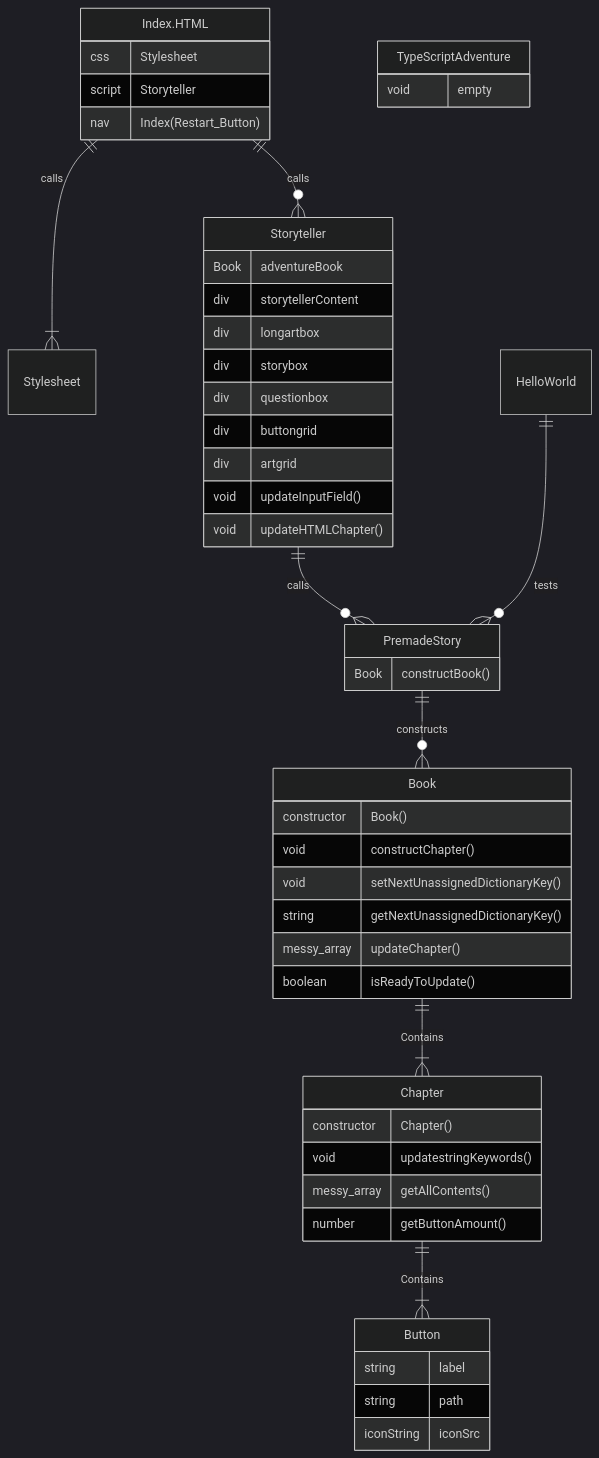
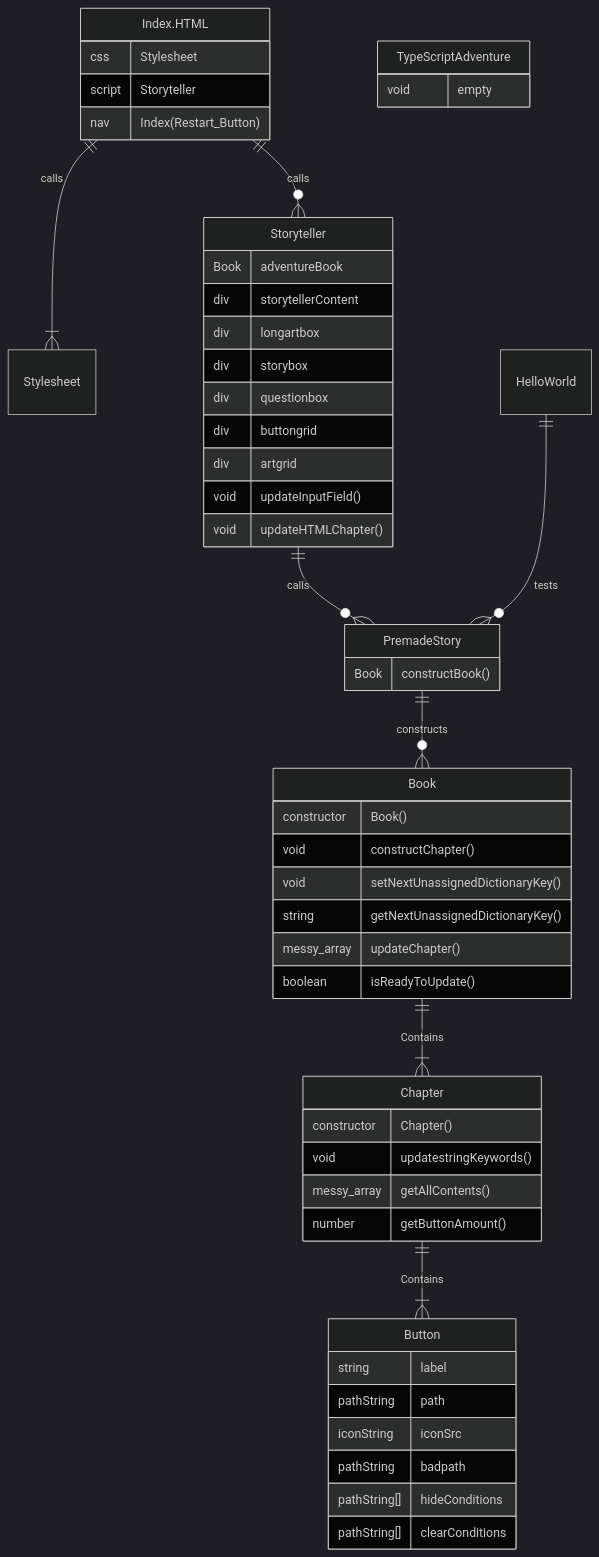
One commit to Tsuru4/TypeScriptAdventure changed the diagram in ClassFlowChart.md. Above: the diagram before and after it, drawn with Mermaid (dark theme). The commit also changed 11 other files, not shown here.

````diff
--- a/ClassFlowChart.md
+++ b/ClassFlowChart.md
@@ -1,69 +1,72 @@
 ```mermaid
 erDiagram
     Book ||--|{Chapter:Contains
     Chapter ||--|{Button:Contains
     Button
     Index.HTML ||--|{Stylesheet:calls
     Index.HTML ||--o{Storyteller: calls
     Stylesheet 
     PremadeStory ||--o{Book: constructs
     Storyteller ||--o{PremadeStory: calls
 
     HelloWorld ||--o{PremadeStory: tests
 
     TypeScriptAdventure{
         void empty
     }
 
     Index.HTML{
         css Stylesheet
         script Storyteller
         nav Index(Restart_Button)
     }
 
     Storyteller{
         Book adventureBook
         div storytellerContent
         div longartbox
         div storybox
         div questionbox
         div buttongrid
         div artgrid
 
         void updateInputField()
         void updateHTMLChapter()
     }
 
     PremadeStory{
         Book constructBook()
     }
 
     Book{
         constructor Book()
         void constructChapter()
         void setNextUnassignedDictionaryKey()
         string getNextUnassignedDictionaryKey()
         messy_array updateChapter()
         boolean isReadyToUpdate()
     }
 
     Chapter{
         constructor Chapter()
         void updatestringKeywords()
         messy_array getAllContents()
         number getButtonAmount()
     }
 
     Button{
         string label
-        string path
+        pathString path
         iconString iconSrc
+        pathString badpath
+        pathString[] hideConditions
+        pathString[] clearConditions
     }
 
 
 
 
     
 
 
 ```
````
